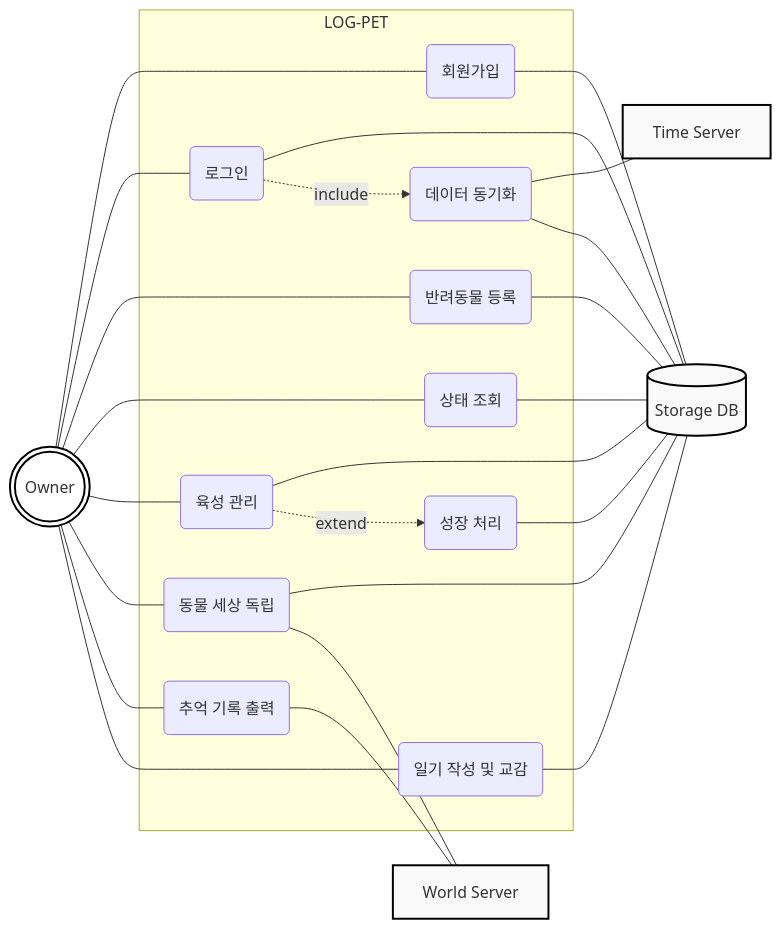
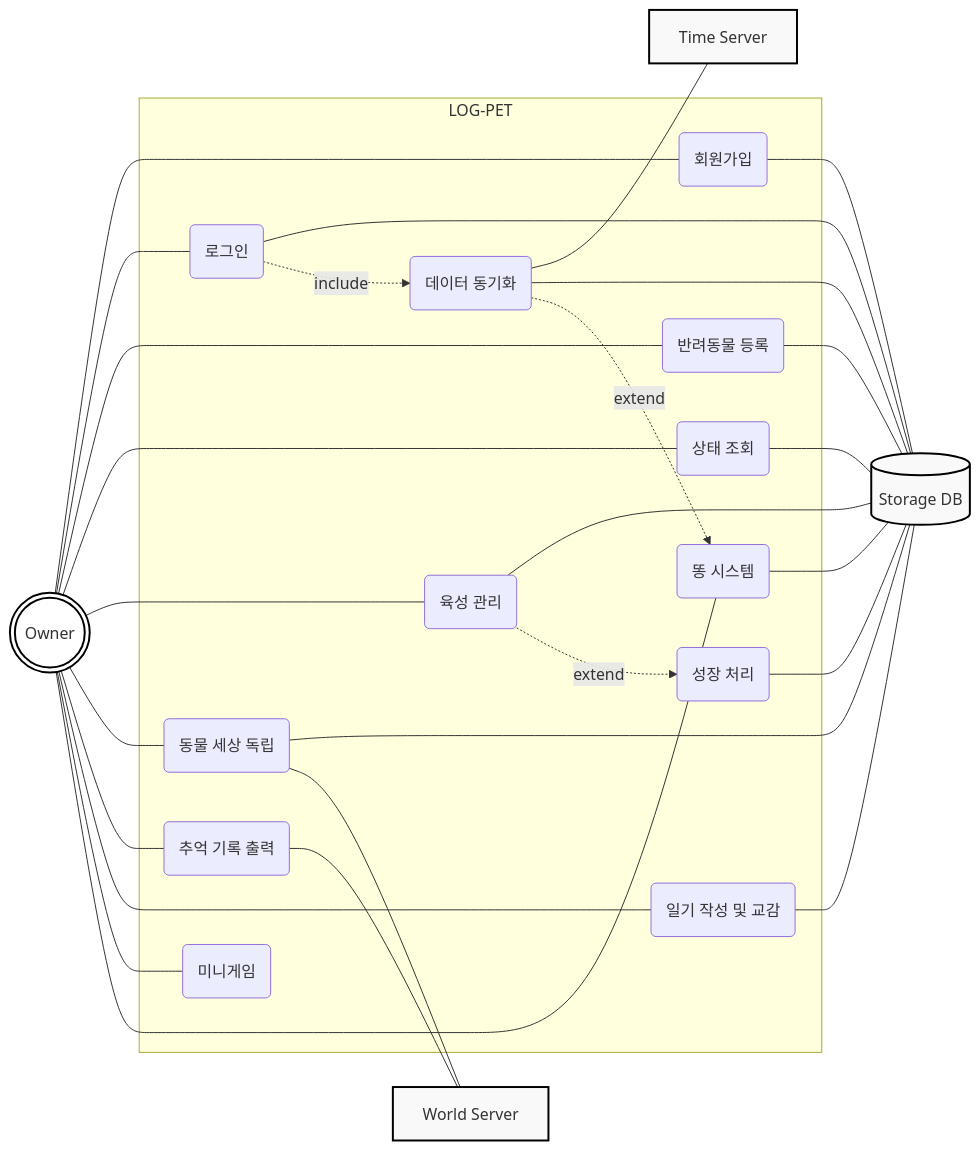
Before and after one commit to silver-hye/Log_Pet: the first of 6 diagrams in analysis.md, drawn with Mermaid. The commit also changed other lines of this file, not shown here.

Commit message:
미니게임 추가, 동물 움직임, 똥 시스템, 스탯 감소 추가

````diff
--- a/analysis.md
+++ b/analysis.md
@@ -23,61 +50,58 @@
 ```mermaid
 graph LR
     classDef actor fill:#ffffff,stroke:#000000,stroke-width:2px;
     classDef system fill:#f9f9f9,stroke:#000000,stroke-width:2px;
-    classDef logic fill:#ffffff,stroke:#333333,stroke-dasharray: 5 5;
-
 
     Owner(((Owner))):::actor
     DB[(Storage DB)]:::system
     TimeServer[Time Server]:::system
     WorldServer[World Server]:::system
 
     subgraph LOG_PET_System [LOG-PET]
 
         UC1(회원가입)
         UC2(로그인)
         UC3(반려동물 등록)
-
-
         UC4(데이터 동기화)
         UC5(상태 조회)
-
-
         UC6(육성 관리)
         UC10(일기 작성 및 교감)
         UC7(성장 처리)
-
-
         UC8(동물 세상 독립)
         UC9(추억 기록 출력)
+        UC11(미니게임)
+        UC12(똥 시스템)
     end
 
-    %% User Interaction
     Owner --- UC1
     Owner --- UC2
     Owner --- UC3
     Owner --- UC5
     Owner --- UC6
     Owner --- UC8
     Owner --- UC9
     Owner --- UC10
-
+    Owner --- UC11
+    Owner --- UC12
 
     UC1 --- DB
     UC2 --- DB
     UC3 --- DB
-    
+
     UC2 -.->|include| UC4
     UC4 --- TimeServer
     UC4 --- DB
     UC5 --- DB
     UC6 --- DB
     UC10 --- DB
 
     UC6 -.->|extend| UC7
     UC7 --- DB
 
     UC8 --- DB
     UC8 --- WorldServer
     UC9 --- WorldServer
+
+    UC12 --- DB
+    UC4 -.->|extend| UC12
 ```
````
